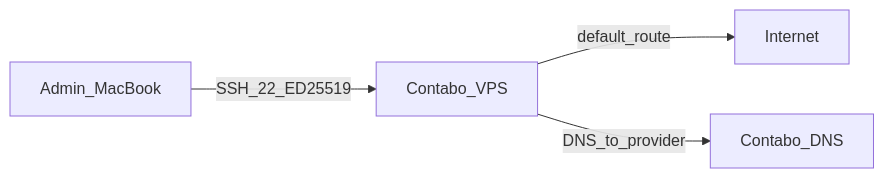
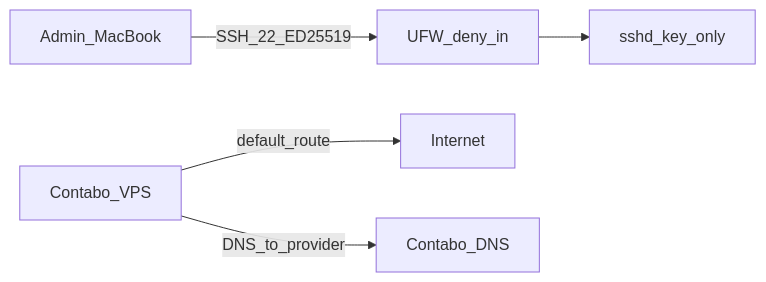
One commit to cheesewhe/pilot-vpn changed the first of 2 diagrams in docs/NETWORK.md. Above: the diagram before and after it, drawn with Mermaid. The commit also changed other lines of this file and 13 other files, not shown here.

First line of the commit message:
Stage 1: harden host — swap, UFW, SSH key-only, fail2ban

````diff
--- a/docs/NETWORK.md
+++ b/docs/NETWORK.md
@@ -9,9 +9,11 @@
 ```mermaid
 flowchart LR
   Admin[Admin_MacBook]
   Internet[Internet]
+  UFW[UFW_deny_in]
+  SSH[sshd_key_only]
   VPS[Contabo_VPS]
-  Admin -->|SSH_22_ED25519| VPS
+  Admin -->|SSH_22_ED25519| UFW --> SSH
   VPS -->|default_route| Internet
   VPS -->|DNS_to_provider| ProviderDNS[Contabo_DNS]
 ```
````
